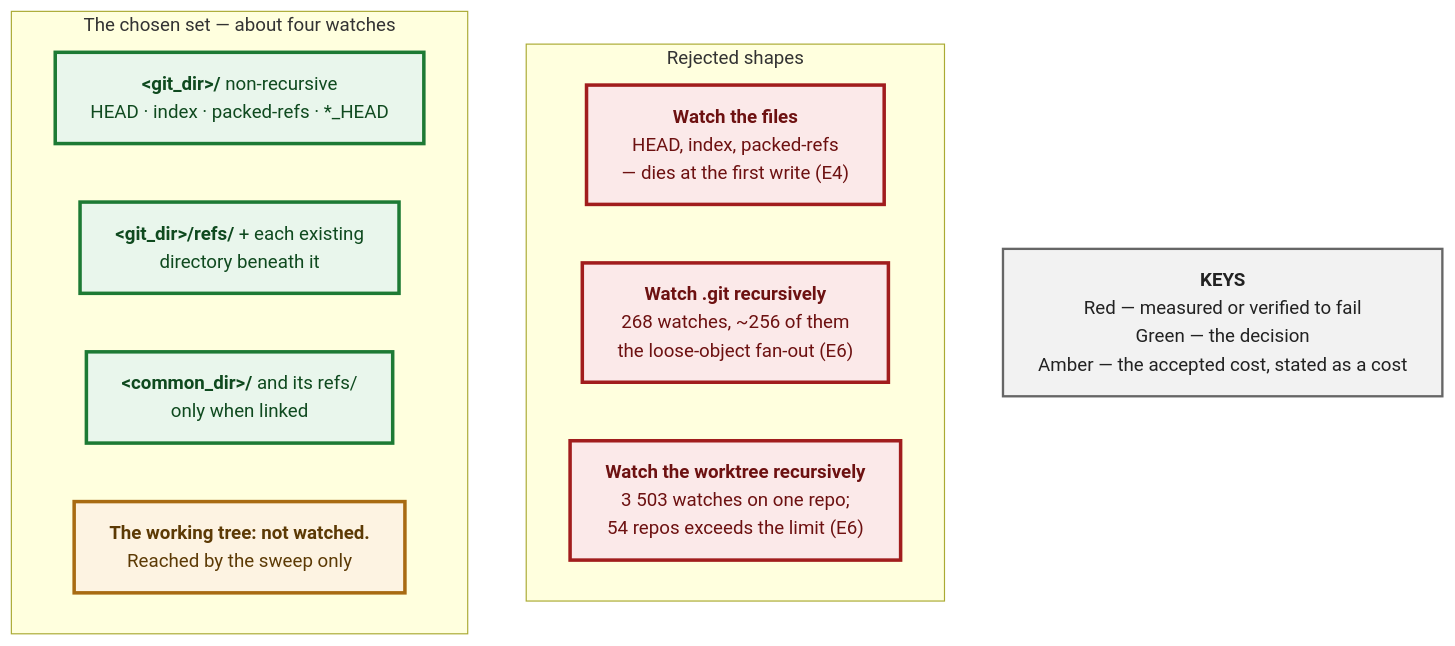
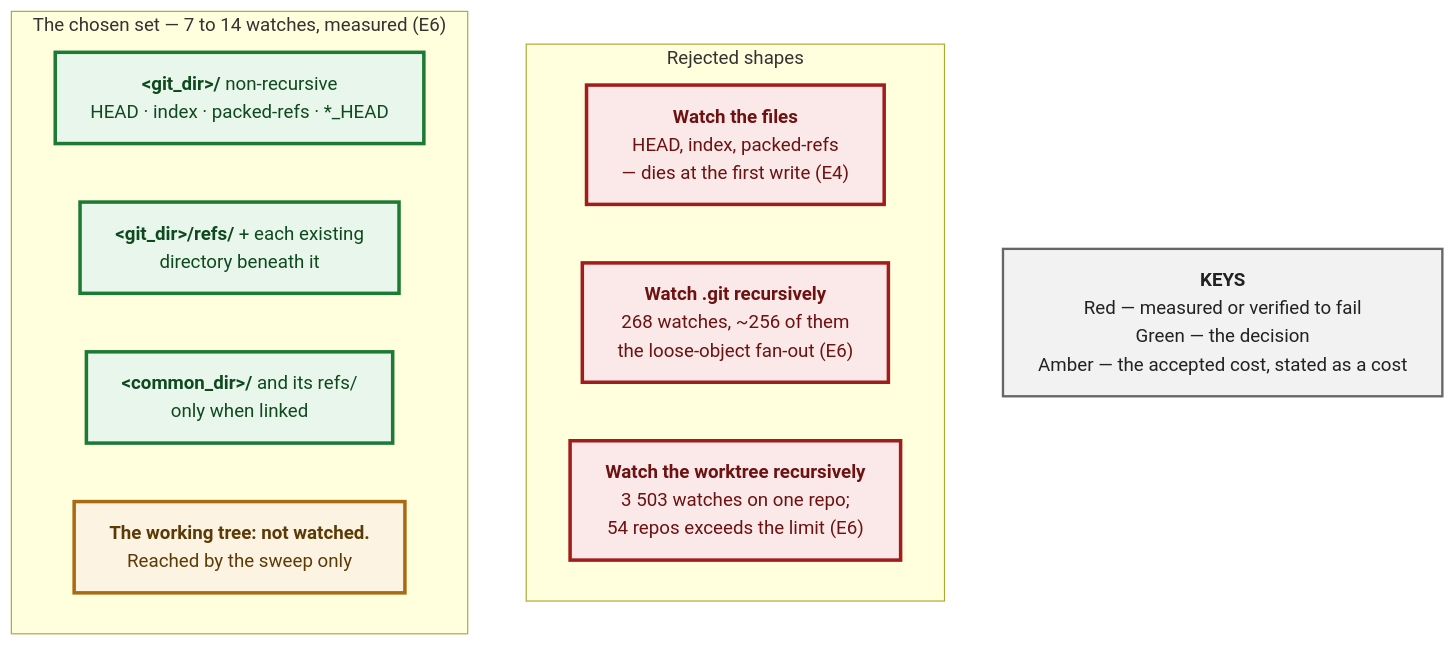
Before and after one commit to tom2025b/git-vista: the third of 8 diagrams in docs/superpowers/specs/m3.26-external-changes.md, drawn with Mermaid. The commit also changed other lines of this file, not shown here.

````diff
--- a/docs/superpowers/specs/m3.26-external-changes.md
+++ b/docs/superpowers/specs/m3.26-external-changes.md
@@ -543,32 +634,32 @@
 ```mermaid
 ---
 config:
   flowchart:
     wrappingWidth: 400
 ---
 flowchart TD
     subgraph rej["Rejected shapes"]
         R1["<b>Watch the files</b><br/>HEAD, index, packed-refs<br/>&mdash; dies at the first write (E4)"]
         R2["<b>Watch .git recursively</b><br/>268 watches, ~256 of them<br/>the loose-object fan-out (E6)"]
         R3["<b>Watch the worktree recursively</b><br/>3 503 watches on one repo;<br/>54 repos exceeds the limit (E6)"]
     end
 
-    subgraph acc["The chosen set &mdash; about four watches"]
+    subgraph acc["The chosen set &mdash; 7 to 14 watches, measured (E6)"]
         A1["<b>&lt;git_dir&gt;/</b> non-recursive<br/>HEAD &middot; index &middot; packed-refs &middot; *_HEAD"]
         A2["<b>&lt;git_dir&gt;/refs/</b> + each existing<br/>directory beneath it"]
         A3["<b>&lt;common_dir&gt;/</b> and its refs/<br/>only when linked"]
         A4["<b>The working tree: not watched.</b><br/>Reached by the sweep only"]
     end
 
     K["<b>KEYS</b><br/>Red &mdash; measured or verified to fail<br/>Green &mdash; the decision<br/>Amber &mdash; the accepted cost, stated as a cost"]
 
     classDef bad fill:#fbe9e9,stroke:#a11d1d,stroke-width:3px,color:#6d1111
     classDef good fill:#e9f6ec,stroke:#1d7a34,stroke-width:3px,color:#0f4a1f
     classDef cost fill:#fdf3e2,stroke:#a86b12,stroke-width:3px,color:#5c3a05
     classDef legend fill:#f2f2f2,stroke:#666,stroke-width:2px,color:#222
 
     class R1,R2,R3 bad
     class A1,A2,A3 good
     class A4 cost
     class K legend
 ```
````
